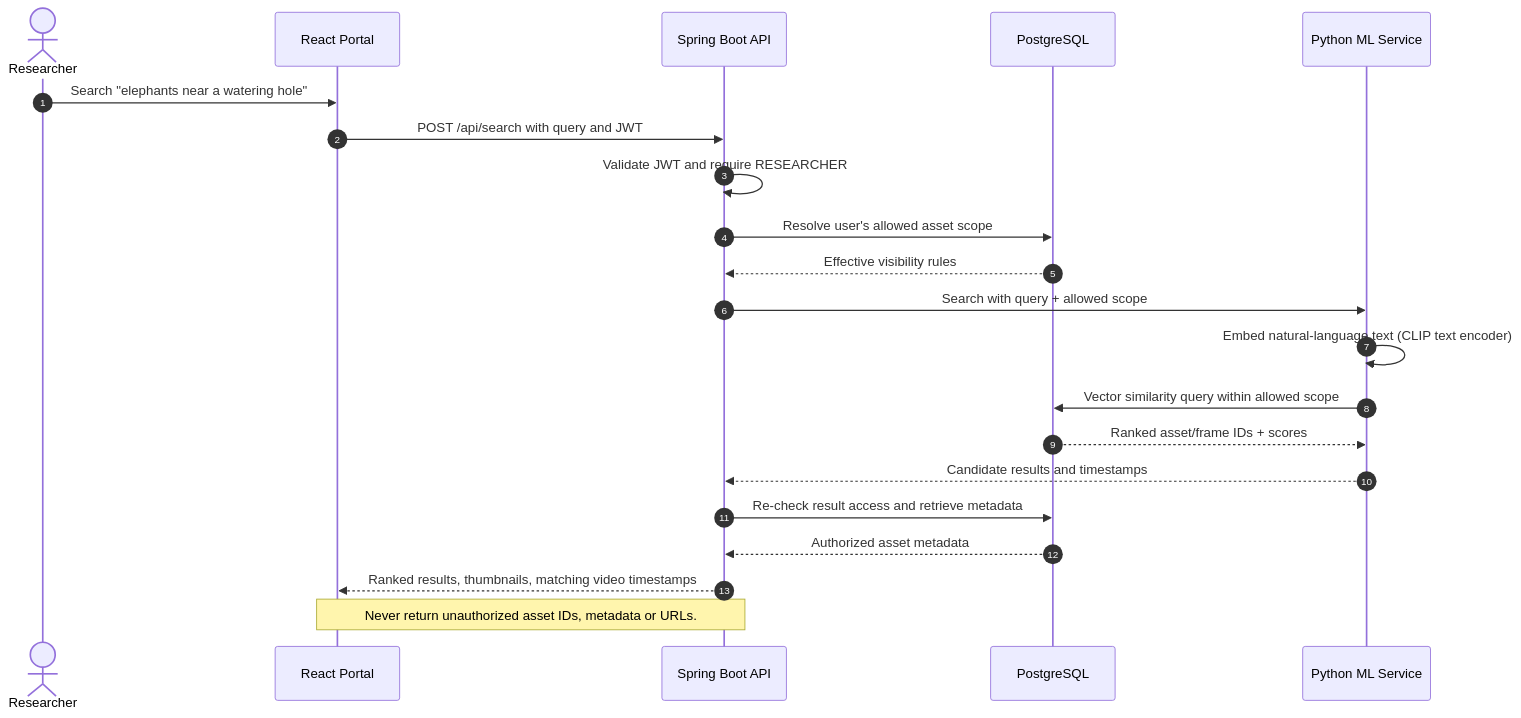
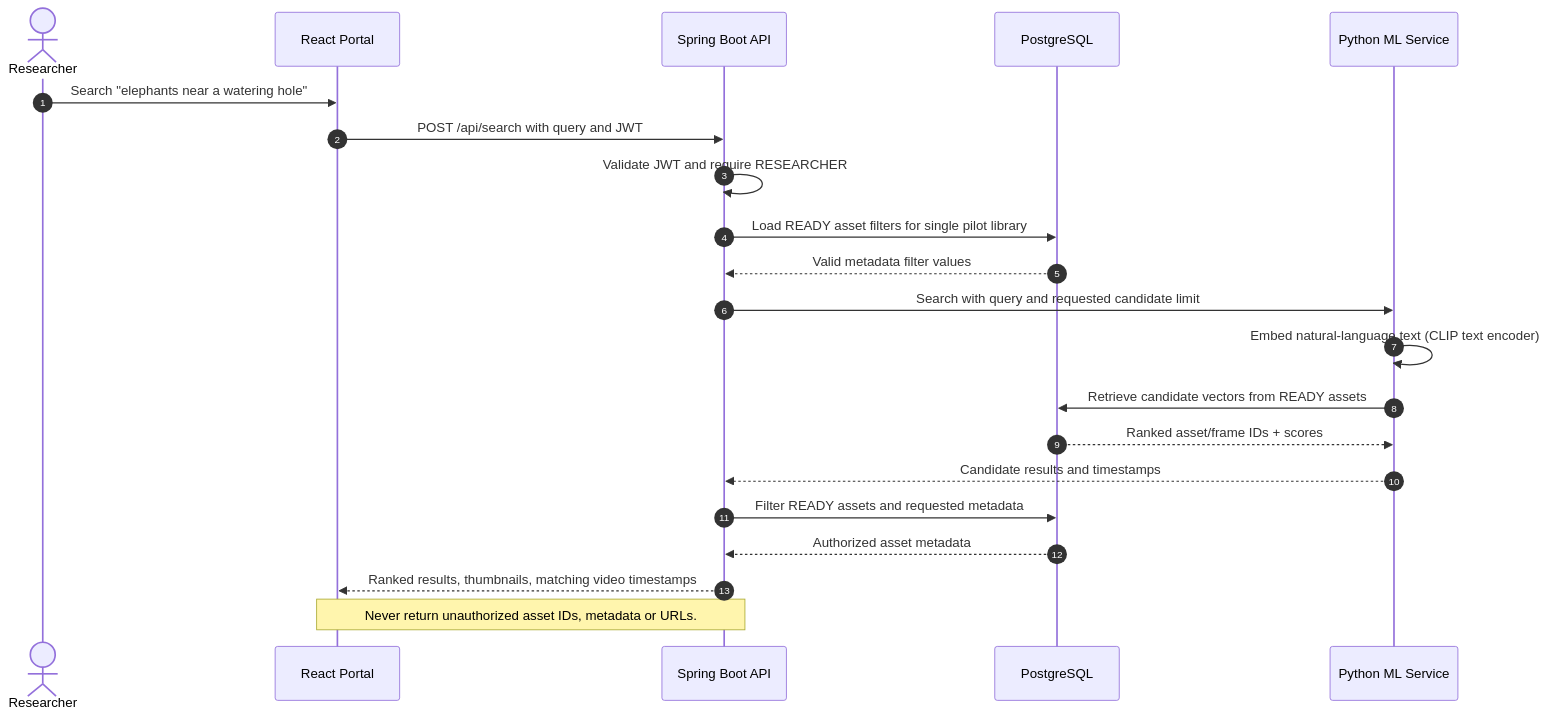
Before and after one commit to mathewpius19/Media-Mesh: the fifth of 7 diagrams in docs/design/NATGEO_STAKEHOLDER_DESIGN.md, drawn with Mermaid. The commit also changed other lines of this file, not shown here.

````diff
--- a/docs/design/NATGEO_STAKEHOLDER_DESIGN.md
+++ b/docs/design/NATGEO_STAKEHOLDER_DESIGN.md
@@ -208,23 +211,23 @@
 ```mermaid
 sequenceDiagram
     autonumber
     actor Researcher
     participant Web as React Portal
     participant API as Spring Boot API
     participant DB as PostgreSQL
     participant ML as Python ML Service
     Researcher->>Web: Search "elephants near a watering hole"
     Web->>API: POST /api/search with query and JWT
     API->>API: Validate JWT and require RESEARCHER
-    API->>DB: Resolve user's allowed asset scope
-    DB-->>API: Effective visibility rules
-    API->>ML: Search with query + allowed scope
+    API->>DB: Load READY asset filters for single pilot library
+    DB-->>API: Valid metadata filter values
+    API->>ML: Search with query and requested candidate limit
     ML->>ML: Embed natural-language text (CLIP text encoder)
-    ML->>DB: Vector similarity query within allowed scope
+    ML->>DB: Retrieve candidate vectors from READY assets
     DB-->>ML: Ranked asset/frame IDs + scores
     ML-->>API: Candidate results and timestamps
-    API->>DB: Re-check result access and retrieve metadata
+    API->>DB: Filter READY assets and requested metadata
     DB-->>API: Authorized asset metadata
     API-->>Web: Ranked results, thumbnails, matching video timestamps
     Note over Web,API: Never return unauthorized asset IDs, metadata or URLs.
 ```
````
